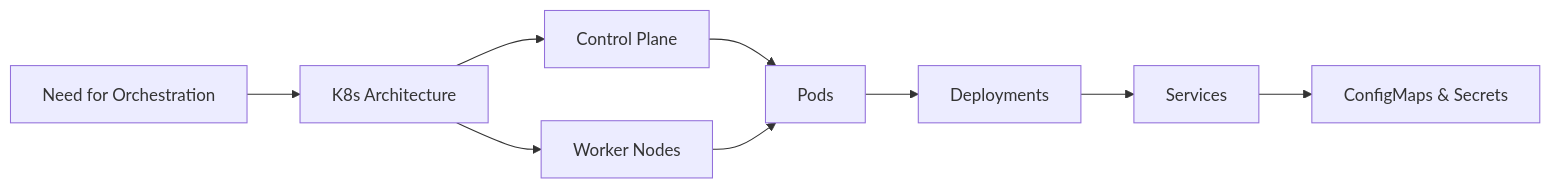
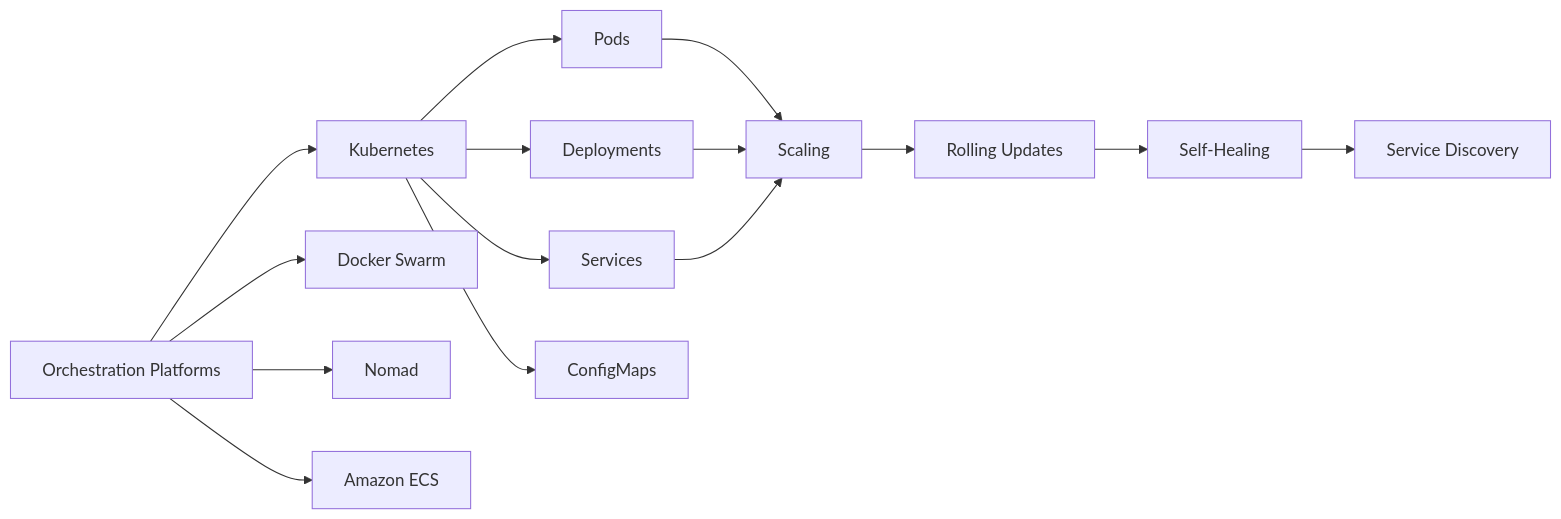
The first of 5 diagrams in docs/courses/devops/06-orchestration.md (Raushan666java/ai-engineering-journey), drawn with Mermaid before and after one commit. The commit also changed other lines of this file and 62 other files, not shown here.

````diff
--- a/docs/courses/devops/06-orchestration.md
+++ b/docs/courses/devops/06-orchestration.md
@@ -32,10 +34,15 @@
 ```mermaid
 flowchart LR
-    A[Need for Orchestration] --> B[K8s Architecture]
-    B --> C[Control Plane]
-    B --> D[Worker Nodes]
-    C & D --> E[Pods]
-    E --> F[Deployments]
-    F --> G[Services]
-    G --> H[ConfigMaps & Secrets]
+    A[Orchestration Platforms] --> B[Kubernetes]
+    A --> C[Docker Swarm]
+    A --> D[Nomad]
+    A --> E[Amazon ECS]
+    B --> F[Pods]
+    B --> G[Deployments]
+    B --> H[Services]
+    B --> I[ConfigMaps]
+    F & G & H --> J[Scaling]
+    J --> K[Rolling Updates]
+    K --> L[Self-Healing]
+    L --> M[Service Discovery]
 ```
````
